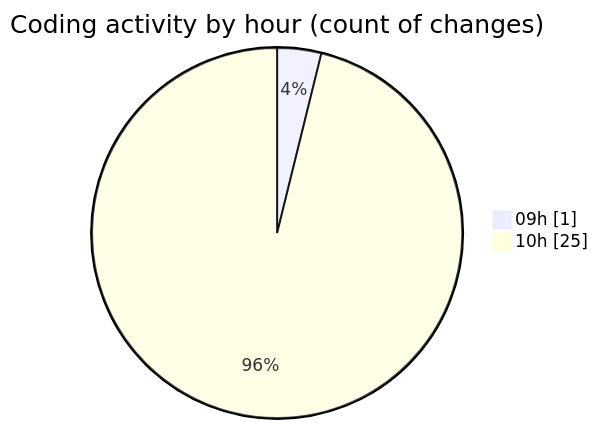
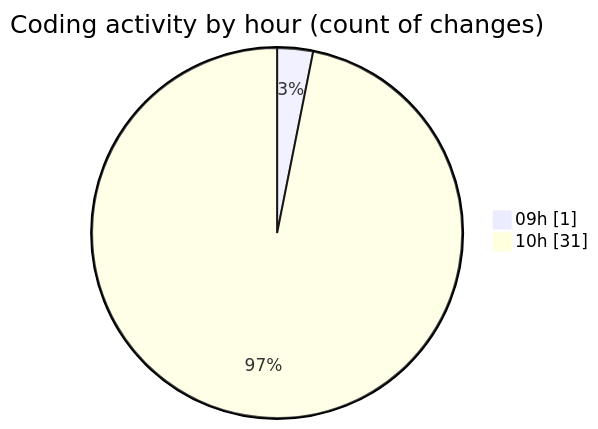
The second of 2 diagrams in 2026-01-07/cda/README.md (momahboobian/code-tracking), drawn with Mermaid before and after one commit. The commit also changed other lines of this file and 1 other file, not shown here.

````diff
--- a/2026-01-07/cda/README.md
+++ b/2026-01-07/cda/README.md
@@ -44,6 +44,6 @@
 ```mermaid
 pie showData
 title Coding activity by hour (count of changes)
 "09h" : 1
-"10h" : 25
+"10h" : 31
 ```
````
